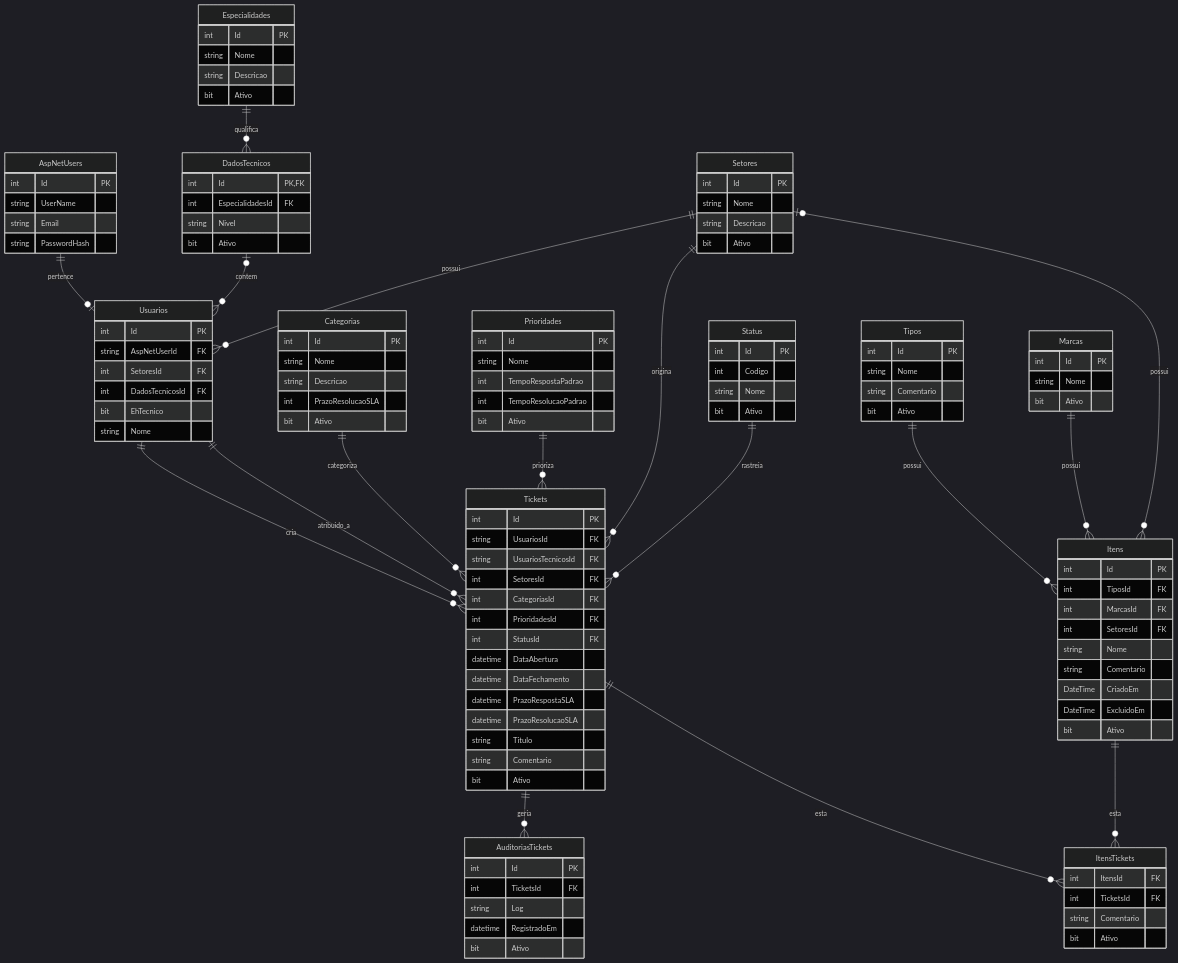
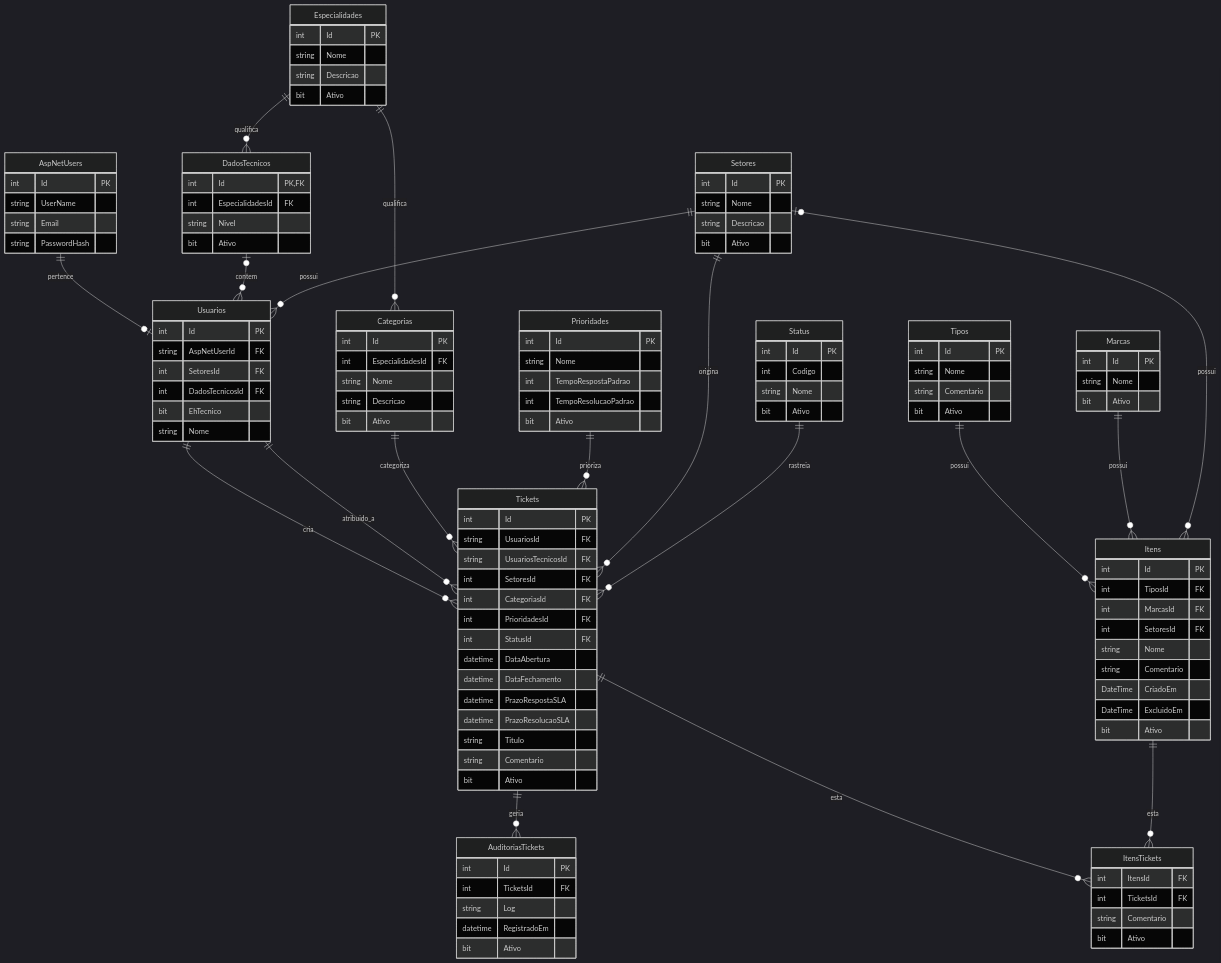
Before and after one commit to agsfranco/ChamadosTi: the diagram in ServiceOrder.md, drawn with Mermaid (dark theme). The commit also changed 38 other files, not shown here.

```diff
--- a/ServiceOrder.md
+++ b/ServiceOrder.md
@@ -54,9 +54,9 @@
     %% Categoria do Chamado: Redes, Hardware, Acessos
     Categorias {
         int Id PK
+        int EspecialidadesId FK
         string Nome
         string Descricao
-        int PrazoResolucaoSLA
         bit Ativo
     }
 
@@ -137,6 +137,7 @@
     Usuarios ||--o{ Tickets : "cria"
     Usuarios ||--o{ Tickets : "atribuido_a"
     Especialidades ||--o{ DadosTecnicos : "qualifica"
+    Especialidades ||--o{ Categorias : "qualifica"
     Categorias ||--o{ Tickets : "categoriza"
     Prioridades ||--o{ Tickets : "prioriza"
     Setores ||--o{ Tickets : "origina"
```
